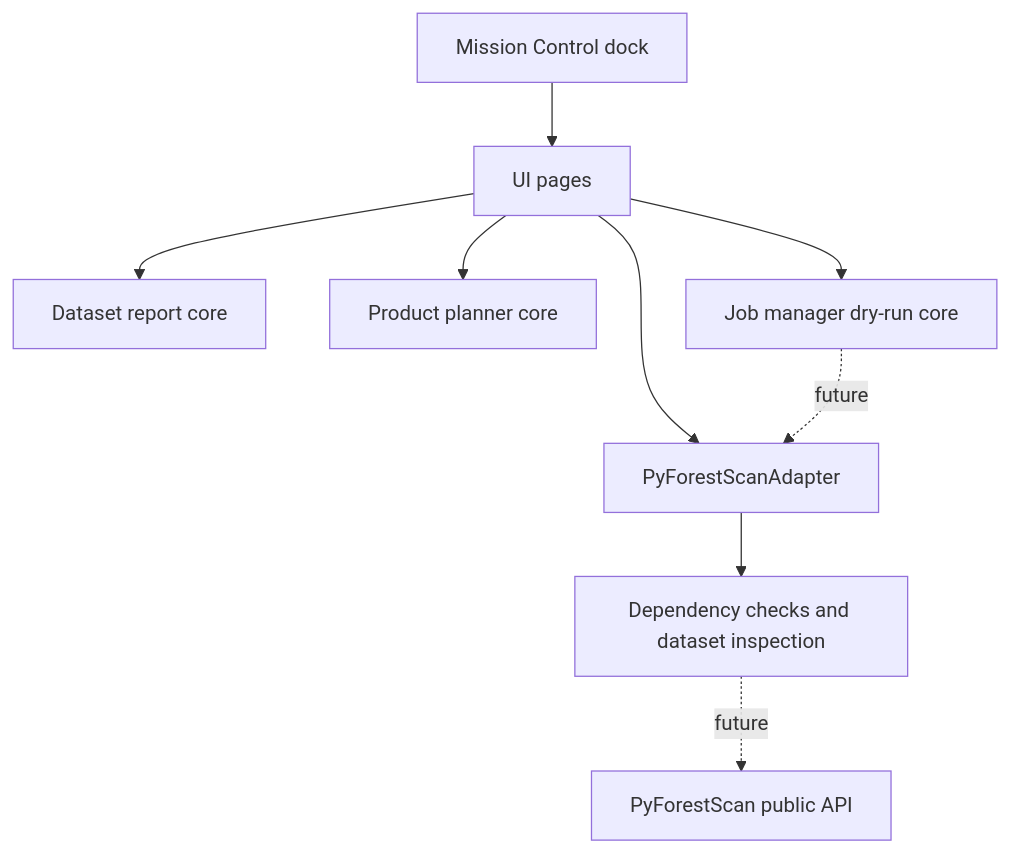
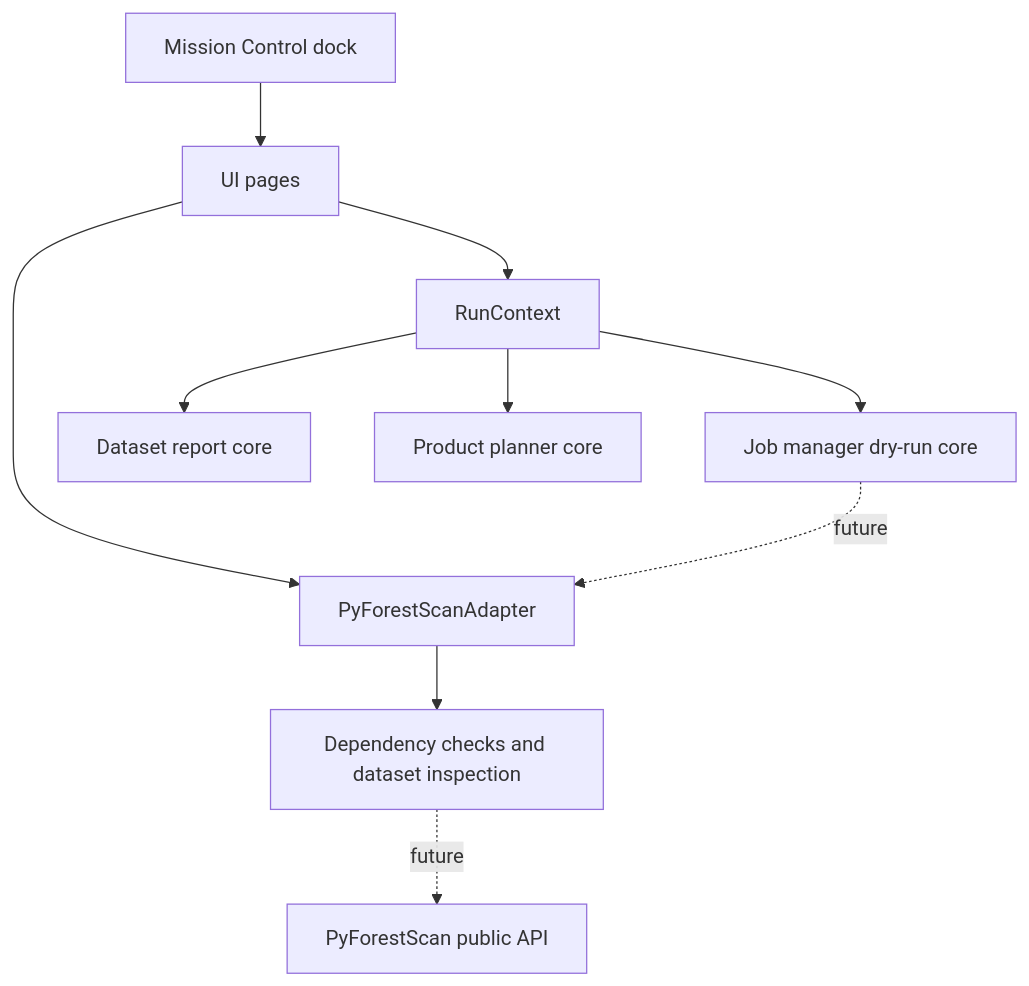
The first of 2 diagrams in docs/ui/MISSION_CONTROL.md (sticholas/pyforestscan-qgis), drawn with Mermaid before and after one commit. The commit also changed other lines of this file and 14 other files, not shown here.

````diff
--- a/docs/ui/MISSION_CONTROL.md
+++ b/docs/ui/MISSION_CONTROL.md
@@ -10,11 +10,12 @@
 ```mermaid
 flowchart TD
     A["Mission Control dock"] --> B["UI pages"]
     B --> C["PyForestScanAdapter"]
-    B --> D["Dataset report core"]
-    B --> E["Product planner core"]
-    B --> H["Job manager dry-run core"]
+    B --> W["RunContext"]
+    W --> D["Dataset report core"]
+    W --> E["Product planner core"]
+    W --> H["Job manager dry-run core"]
     C --> F["Dependency checks and dataset inspection"]
     H -."future".-> C
     F -."future".-> G["PyForestScan public API"]
 ```
````
